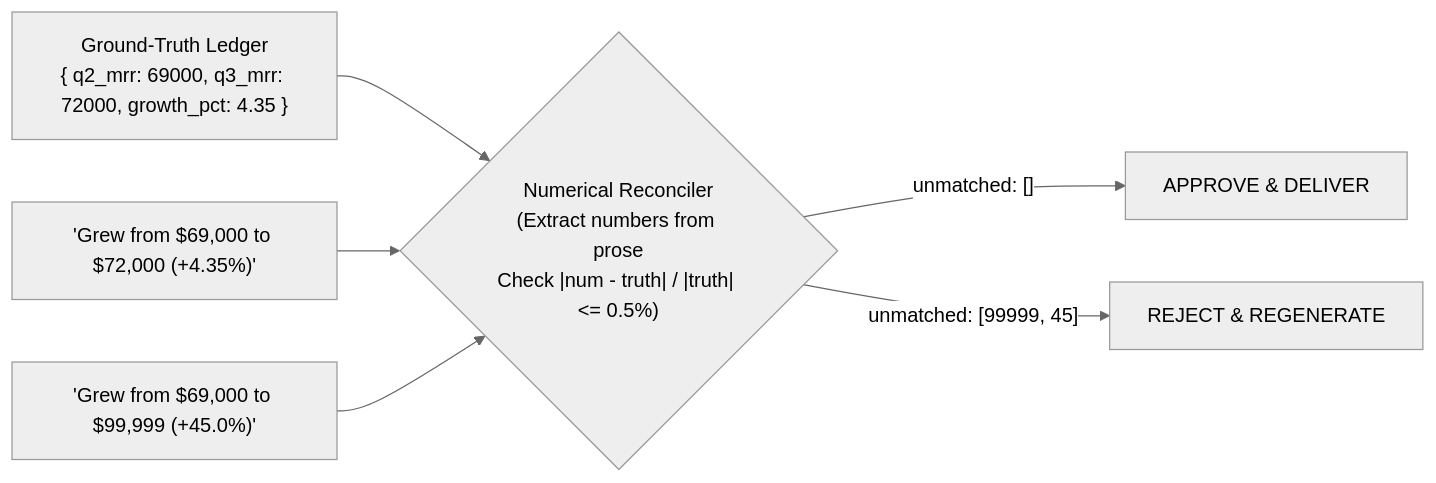
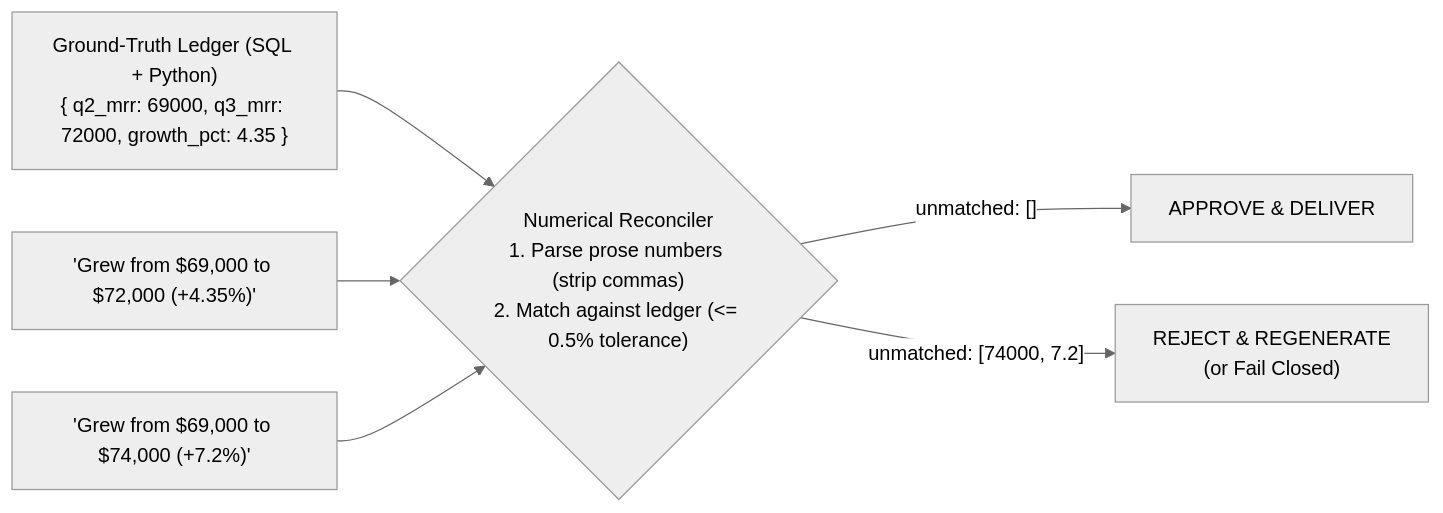
Before and after one commit to Amie-dev/FDE-and-GenAI-Mastery: the first of 2 diagrams in Lecture 26 - Semantic Text-to-SQL and Analytical Python/notes/08_Numerical_Reconciliation_and_Execution_Accuracy_Evals.md, drawn with Mermaid (neutral theme). The commit also changed other lines of this file and 92 other files, not shown here.

````diff
--- a/Lecture 26 - Semantic Text-to-SQL and Analytical Python/notes/08_Numerical_Reconciliation_and_Execution_Accuracy_Evals.md
+++ b/Lecture 26 - Semantic Text-to-SQL and Analytical Python/notes/08_Numerical_Reconciliation_and_Execution_Accuracy_Evals.md
@@ -27,6 +33,6 @@
 ```mermaid
 flowchart LR
-    Ledger["Ground-Truth Ledger<br/>{ q2_mrr: 69000, q3_mrr: 72000, growth_pct: 4.35 }"] --> Gate{"Numerical Reconciler<br/>(Extract numbers from prose<br/>Check |num - truth| / |truth| <= 0.5%)"}
+    Ledger["Ground-Truth Ledger (SQL + Python)<br/>{ q2_mrr: 69000, q3_mrr: 72000, growth_pct: 4.35 }"] --> Gate{"Numerical Reconciler<br/>1. Parse prose numbers (strip commas)<br/>2. Match against ledger (<= 0.5% tolerance)"}
     Prose1["'Grew from $69,000 to $72,000 (+4.35%)'"] --> Gate -->|"unmatched: []"| Pass["APPROVE & DELIVER"]
-    Prose2["'Grew from $69,000 to $99,999 (+45.0%)'"] --> Gate -->|"unmatched: [99999, 45]"| Block["REJECT & REGENERATE"]
+    Prose2["'Grew from $69,000 to $74,000 (+7.2%)'"] --> Gate -->|"unmatched: [74000, 7.2]"| Block["REJECT & REGENERATE<br/>(or Fail Closed)"]
 ```
````
